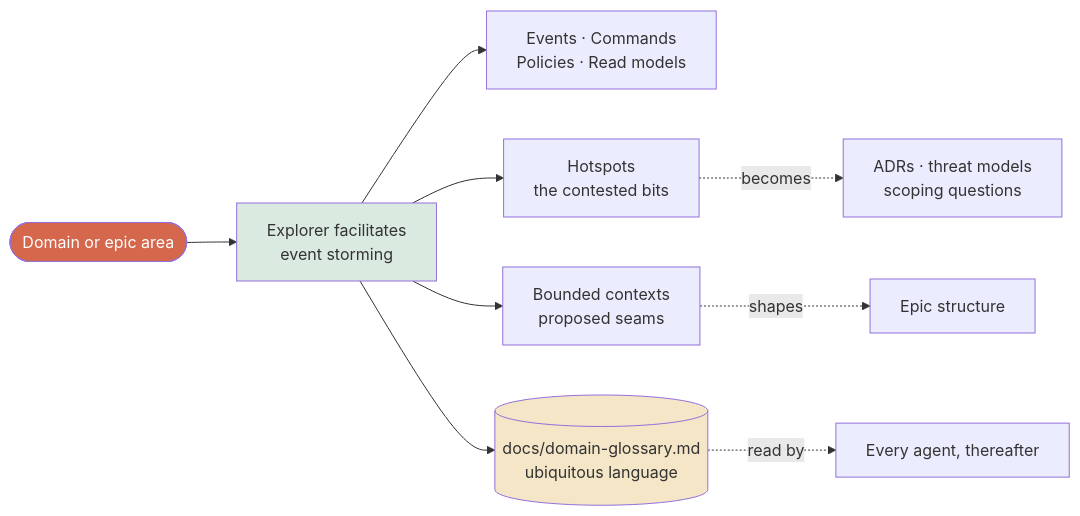
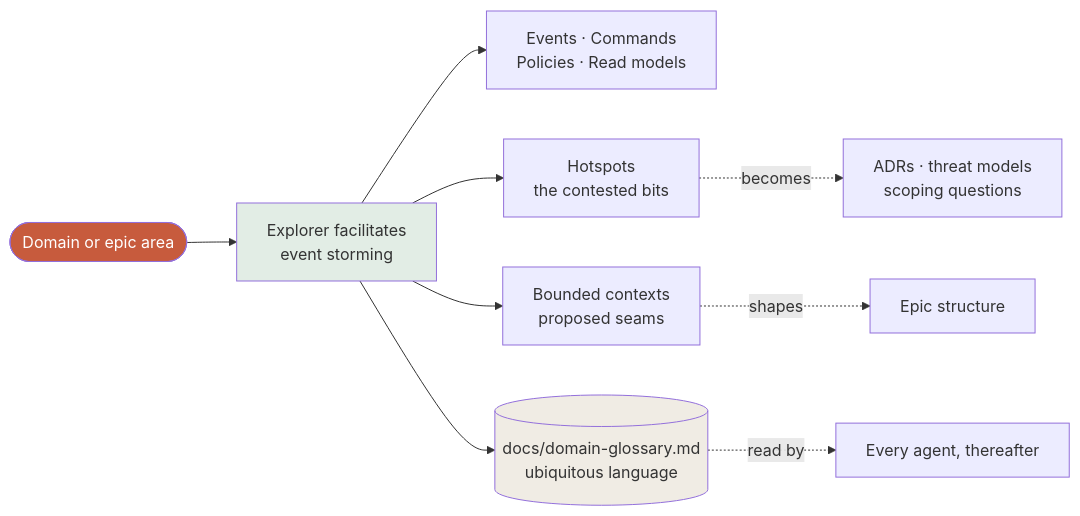
One commit to nlawstudio/ai-refinement-method changed the sixth of 17 diagrams in METHOD.md. Above: the diagram before and after it, drawn with Mermaid. The commit also changed other lines of this file and 4 other files, not shown here.

````diff
--- a/METHOD.md
+++ b/METHOD.md
@@ -439,16 +439,16 @@
 ```mermaid
 flowchart LR
     Intent([Domain or epic area]) --> Storm[Explorer facilitates<br/>event storming]
     Storm --> Events[Events · Commands<br/>Policies · Read models]
     Storm --> Hot[Hotspots<br/>the contested bits]
     Storm --> BC[Bounded contexts<br/>proposed seams]
     Storm --> Glossary[(docs/domain-glossary.md<br/>ubiquitous language)]
 
     Hot -.becomes.-> Decisions[ADRs · threat models<br/>scoping questions]
     BC -.shapes.-> Epics[Epic structure]
     Glossary -.read by.-> Everyone[Every agent, thereafter]
 
-    style Intent fill:#D5674C,color:#fff
-    style Storm fill:#DBEAE1
-    style Glossary fill:#F4E6C6
+    style Intent fill:#C75B3D,color:#fff
+    style Storm fill:#E2EDE5
+    style Glossary fill:#F0ECE4
 ```
````
